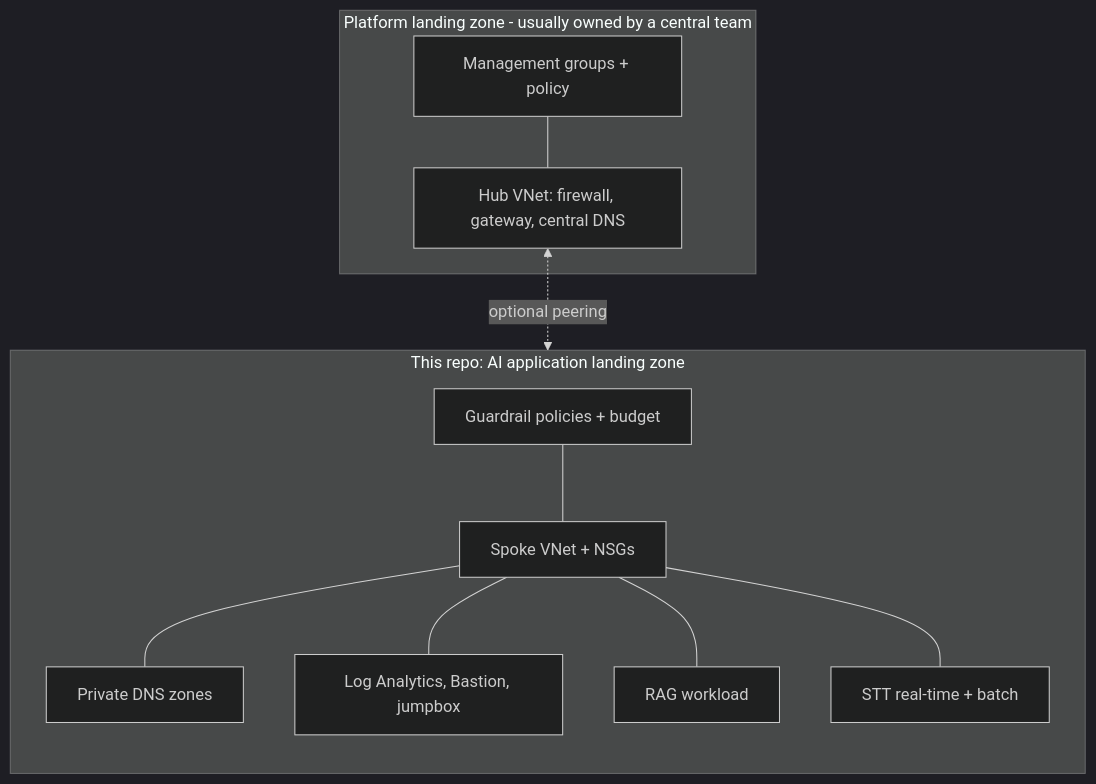
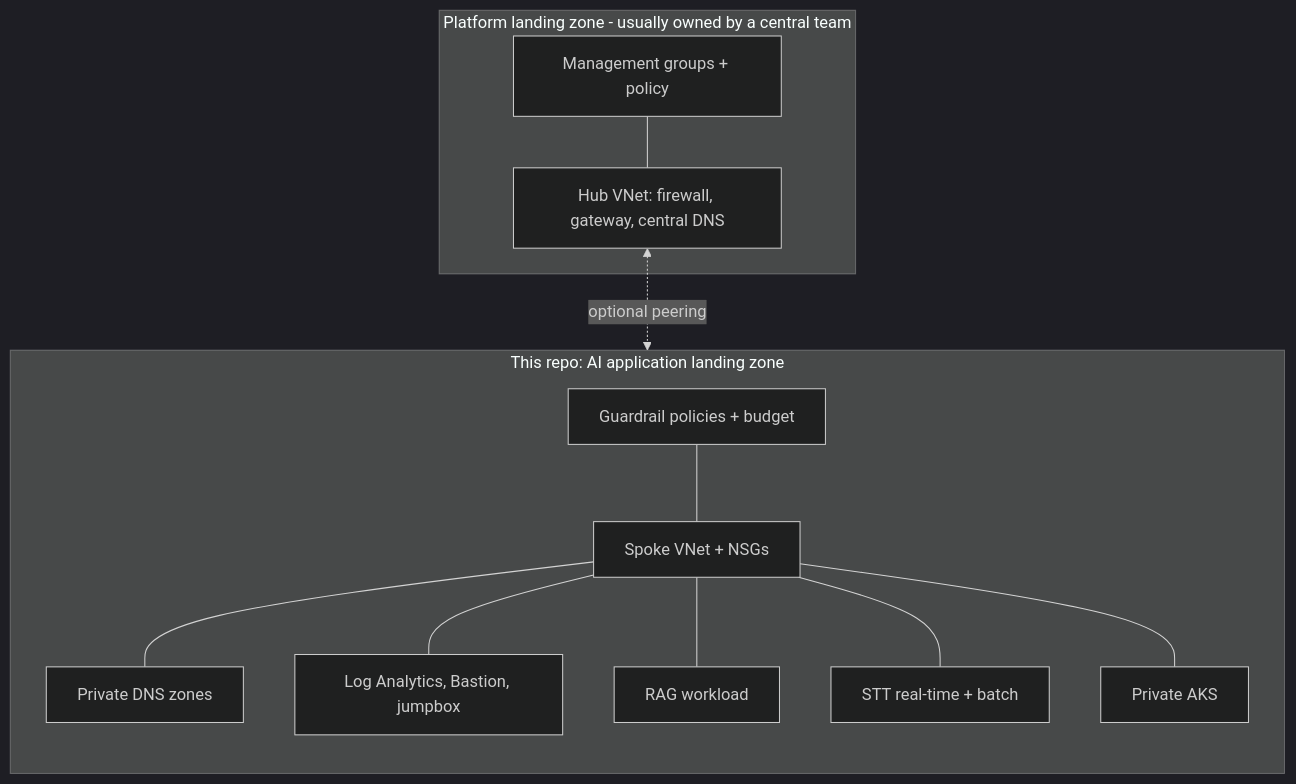
The diagram in README.md (goosain-platform-lab/ai-landing-zone-lab), drawn with Mermaid (dark theme) before and after one commit. The commit also changed other lines of this file and 8 other files, not shown here.

First line of the commit message:
Add private AKS workload and AKS guardrails (#3)

````diff
--- a/README.md
+++ b/README.md
@@ -24,15 +25,16 @@
 ```mermaid
 flowchart TB
   subgraph platform[Platform landing zone - usually owned by a central team]
     mg[Management groups + policy] --- hub[Hub VNet: firewall, gateway, central DNS]
   end
   subgraph lz[This repo: AI application landing zone]
     direction TB
     gov[Guardrail policies + budget] --- spoke[Spoke VNet + NSGs]
     spoke --- dns[Private DNS zones]
     spoke --- mgmt[Log Analytics, Bastion, jumpbox]
     spoke --- rag[RAG workload]
     spoke --- stt[STT real-time + batch]
+    spoke --- aks[Private AKS]
   end
   hub <-. optional peering .-> spoke
 ```
````
